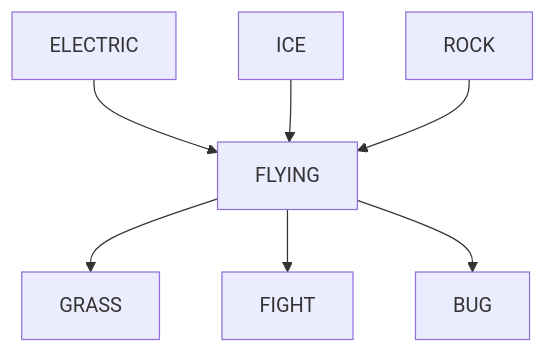
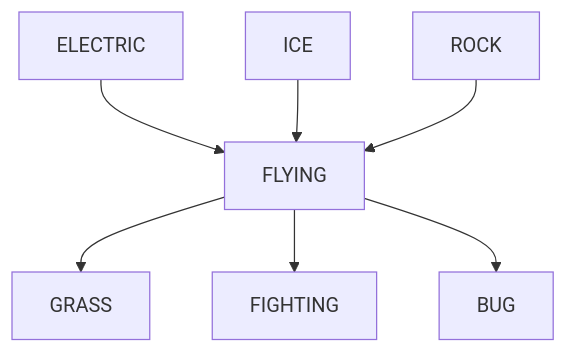
One commit to cliffano/typhlosion changed the eighth of 18 diagrams in pokemon-type-chart/per-type.md. Above: the diagram before and after it, drawn with Mermaid. The commit also changed other lines of this file and 1 other file, not shown here.

Commit message:
Fix Fighting Pokemon type name.

````diff
--- a/pokemon-type-chart/per-type.md
+++ b/pokemon-type-chart/per-type.md
@@ -78,9 +78,9 @@
 ```mermaid
   graph TD;
       ELECTRIC-->FLYING;
       ICE-->FLYING;
       ROCK-->FLYING;
       FLYING-->GRASS;
-      FLYING-->FIGHT;
+      FLYING-->FIGHTING;
       FLYING-->BUG;
 ```
````
